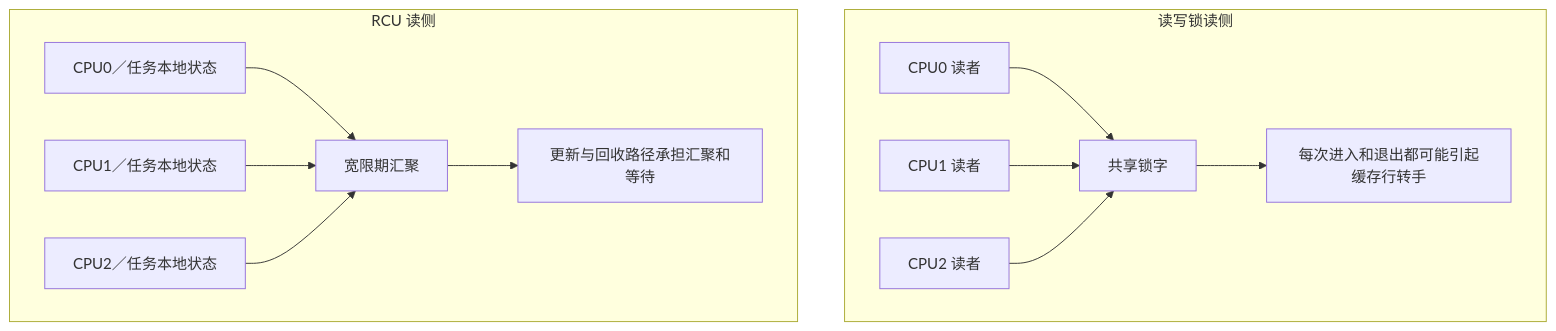
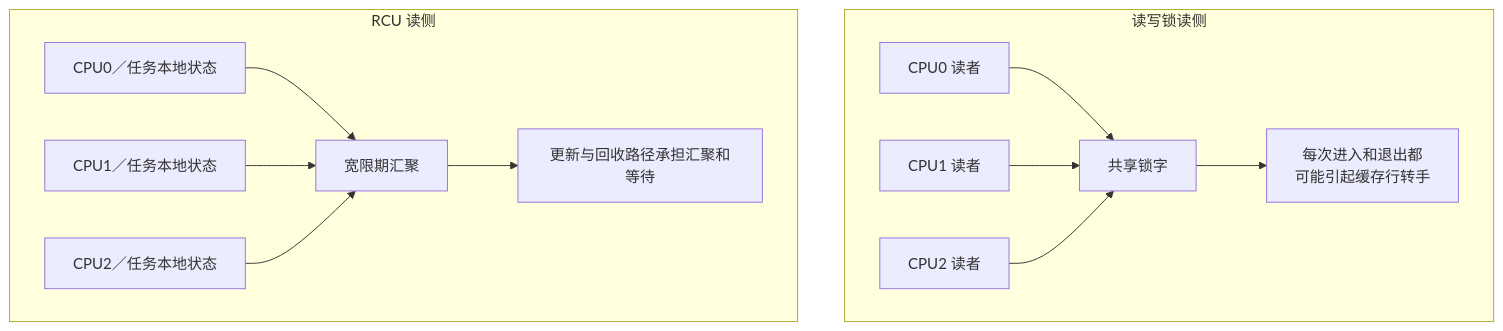
The fifth of 10 diagrams in knowledge/linux/synchronization/rcu/P01_为什么需要_RCU.md (FormingSystem/linux_note), drawn with Mermaid before and after one commit. The commit also changed other lines of this file and 2 other files, not shown here.

````diff
--- a/knowledge/linux/synchronization/rcu/P01_为什么需要_RCU.md
+++ b/knowledge/linux/synchronization/rcu/P01_为什么需要_RCU.md
@@ -208,16 +208,16 @@
 ```mermaid
 flowchart TB
     subgraph RW[读写锁读侧]
         R0[CPU0 读者] --> S[共享锁字]
         R1[CPU1 读者] --> S
         R2[CPU2 读者] --> S
-        S --> B[每次进入和退出都可能引起缓存行转手]
+        S --> B[每次进入和退出都<br/>可能引起缓存行转手]
     end
 
     subgraph RCU[RCU 读侧]
         U0[CPU0／任务本地状态] --> G[宽限期汇聚]
         U1[CPU1／任务本地状态] --> G
         U2[CPU2／任务本地状态] --> G
         G --> D[更新与回收路径承担汇聚和等待]
     end
 ```
````
